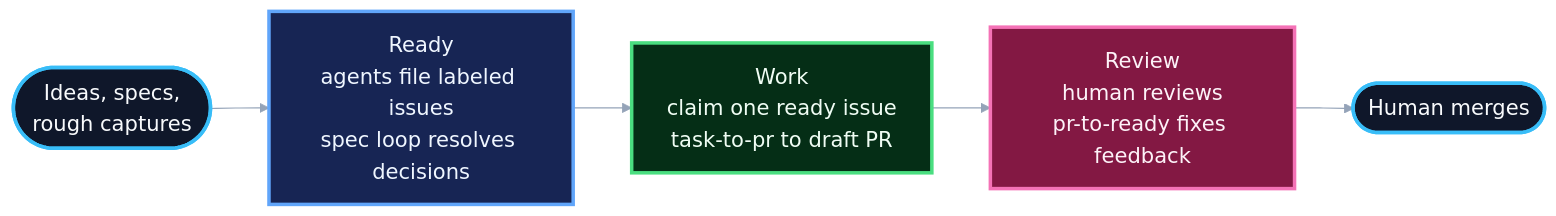
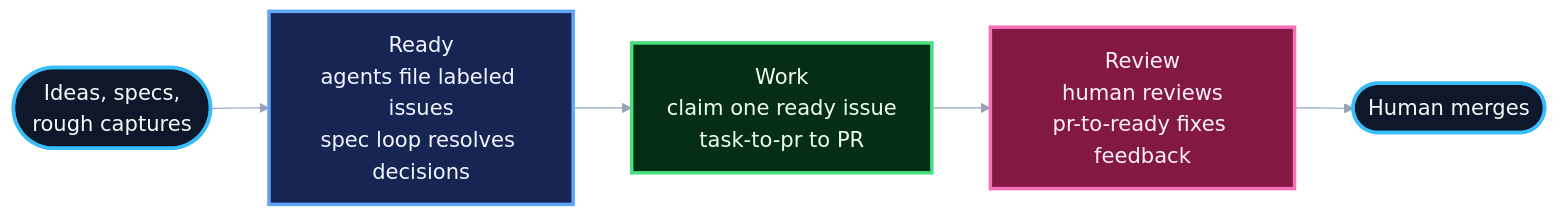
The diagram in guides/loops.md (owainlewis/blueprint), drawn with Mermaid before and after one commit. The commit also changed other lines of this file and 24 other files, not shown here.

````diff
--- a/guides/loops.md
+++ b/guides/loops.md
@@ -12,21 +12,21 @@
 ```mermaid
 %%{init: {"theme": "base", "themeVariables": {"fontFamily": "Inter, ui-sans-serif, system-ui", "fontSize": "18px", "primaryTextColor": "#f8fafc", "tertiaryTextColor": "#f8fafc", "lineColor": "#94a3b8", "edgeLabelBackground": "#020617"}}}%%
 flowchart LR
     Ideas([Ideas, specs,<br/>rough captures])
     Ready["Ready<br/>agents file labeled issues<br/>spec loop resolves decisions"]
-    Work["Work<br/>claim one ready issue<br/>task-to-pr to draft PR"]
+    Work["Work<br/>claim one ready issue<br/>task-to-pr to PR"]
     Review["Review<br/>human reviews<br/>pr-to-ready fixes feedback"]
     Merge([Human merges])
 
     Ideas --> Ready --> Work --> Review --> Merge
 
     classDef start fill:#0f172a,stroke:#38bdf8,stroke-width:3px,color:#f8fafc,font-size:18px;
     classDef ready fill:#172554,stroke:#60a5fa,stroke-width:3px,color:#eff6ff,font-size:18px;
     classDef work fill:#052e16,stroke:#4ade80,stroke-width:3px,color:#f0fdf4,font-size:18px;
     classDef review fill:#831843,stroke:#f472b6,stroke-width:3px,color:#fdf2f8,font-size:18px;
 
     class Ideas,Merge start;
     class Ready ready;
     class Work work;
     class Review review;
 ```
````
